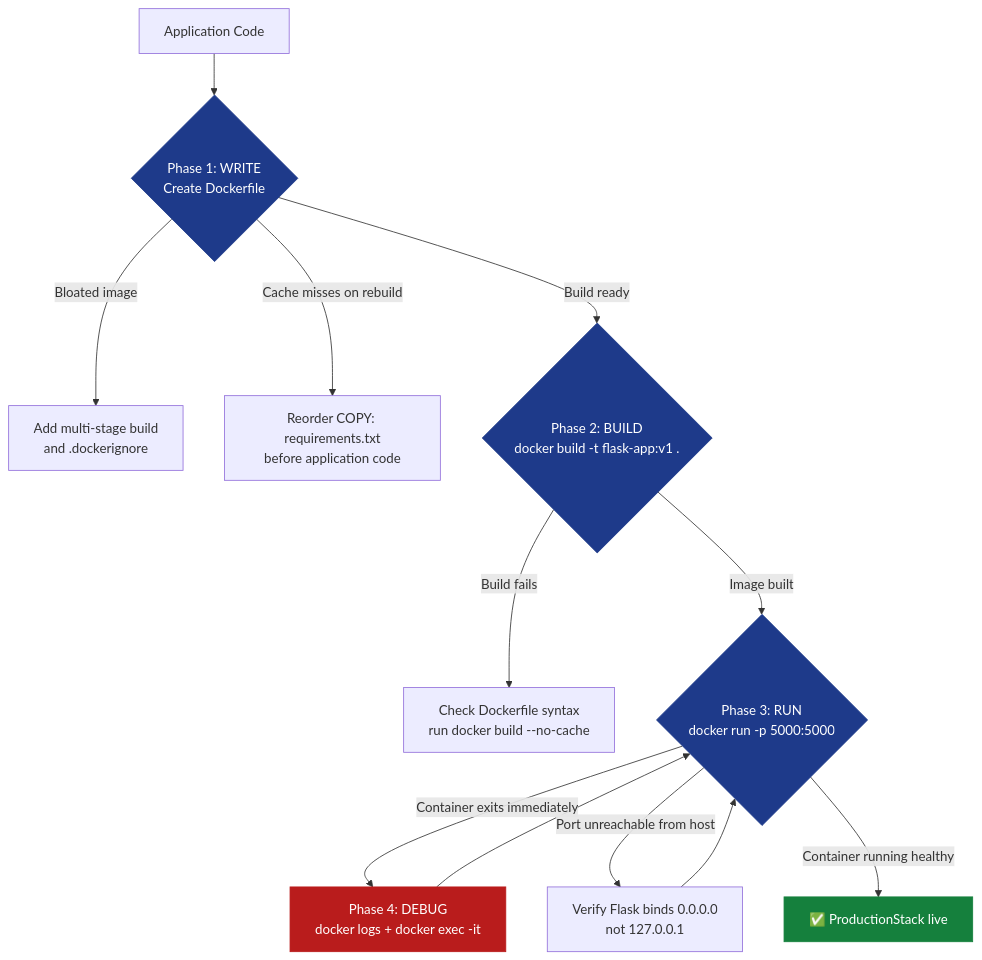
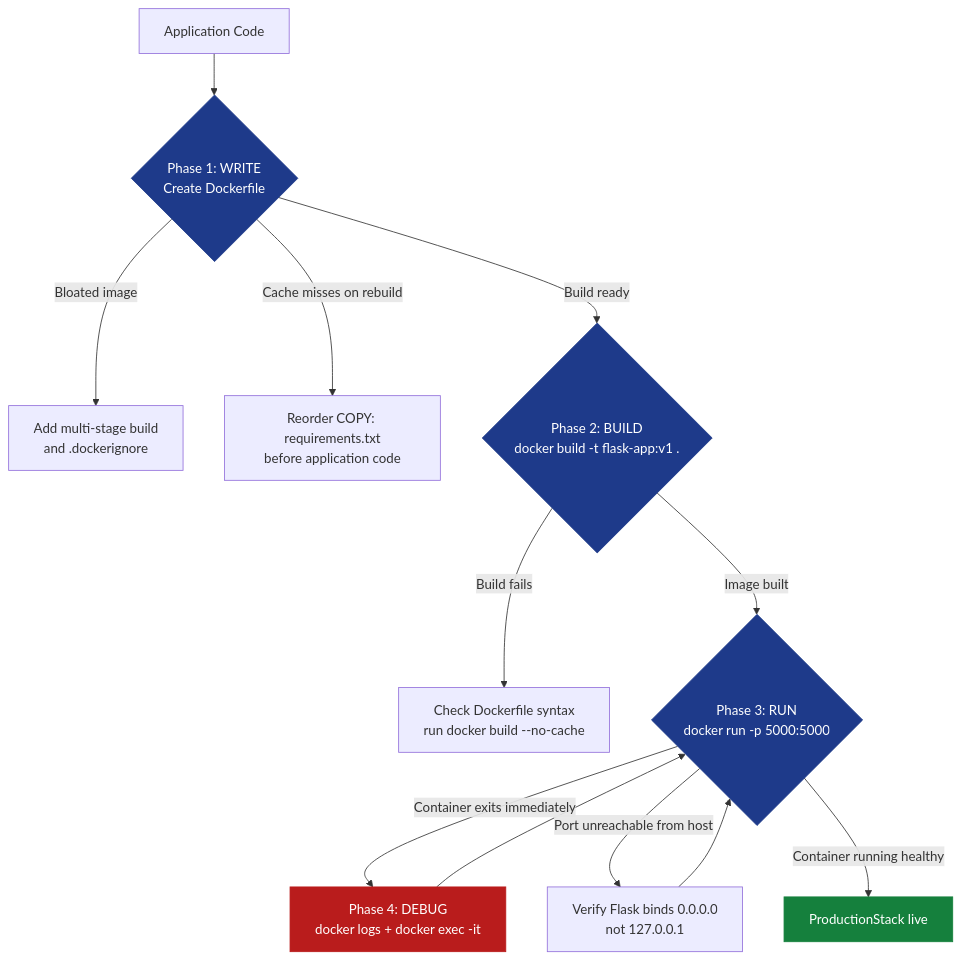
The diagram in notes/07-devops-fundamentals/ch01-docker-fundamentals/README.md (dsgouda7/ai-portfolio), drawn with Mermaid before and after one commit. The commit also changed other lines of this file and 179 other files, not shown here.

````diff
--- a/notes/07-devops-fundamentals/ch01-docker-fundamentals/README.md
+++ b/notes/07-devops-fundamentals/ch01-docker-fundamentals/README.md
@@ -91,19 +90,19 @@
 ```mermaid
 graph TD
-    A[Application Code] --> B{Phase 1: WRITE<br/>Create Dockerfile}
-    B -->|Bloated image| C[Add multi-stage build<br/>and .dockerignore]
-    B -->|Cache misses on rebuild| D[Reorder COPY: requirements.txt<br/>before application code]
-    B -->|Build ready| E{Phase 2: BUILD<br/>docker build -t flask-app:v1 .}
-    E -->|Build fails| F[Check Dockerfile syntax<br/>run docker build --no-cache]
-    E -->|Image built| G{Phase 3: RUN<br/>docker run -p 5000:5000}
-    G -->|Container exits immediately| H[Phase 4: DEBUG<br/>docker logs + docker exec -it]
-    G -->|Port unreachable from host| I[Verify Flask binds 0.0.0.0<br/>not 127.0.0.1]
-    G -->|Container running healthy| J[✅ ProductionStack live]
-    H --> G
-    I --> G
-    style J fill:#15803d,stroke:#15803d,color:#fff
-    style B fill:#1e3a8a,stroke:#1e3a8a,color:#fff
-    style E fill:#1e3a8a,stroke:#1e3a8a,color:#fff
-    style G fill:#1e3a8a,stroke:#1e3a8a,color:#fff
-    style H fill:#b91c1c,stroke:#b91c1c,color:#fff
+ A[Application Code] --> B{Phase 1: WRITE<br/>Create Dockerfile}
+ B -->|Bloated image| C[Add multi-stage build<br/>and .dockerignore]
+ B -->|Cache misses on rebuild| D[Reorder COPY: requirements.txt<br/>before application code]
+ B -->|Build ready| E{Phase 2: BUILD<br/>docker build -t flask-app:v1 .}
+ E -->|Build fails| F[Check Dockerfile syntax<br/>run docker build --no-cache]
+ E -->|Image built| G{Phase 3: RUN<br/>docker run -p 5000:5000}
+ G -->|Container exits immediately| H[Phase 4: DEBUG<br/>docker logs + docker exec -it]
+ G -->|Port unreachable from host| I[Verify Flask binds 0.0.0.0<br/>not 127.0.0.1]
+ G -->|Container running healthy| J[ ProductionStack live]
+ H --> G
+ I --> G
+ style J fill:#15803d,stroke:#15803d,color:#fff
+ style B fill:#1e3a8a,stroke:#1e3a8a,color:#fff
+ style E fill:#1e3a8a,stroke:#1e3a8a,color:#fff
+ style G fill:#1e3a8a,stroke:#1e3a8a,color:#fff
+ style H fill:#b91c1c,stroke:#b91c1c,color:#fff
 ```
````
